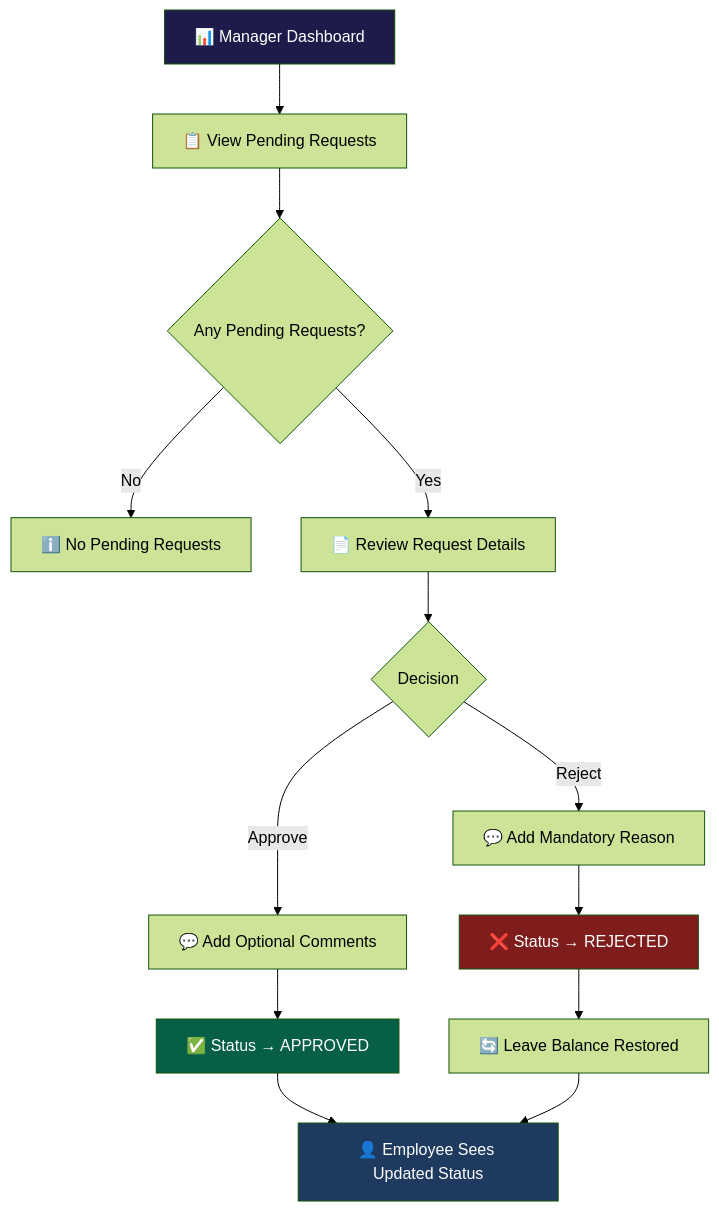
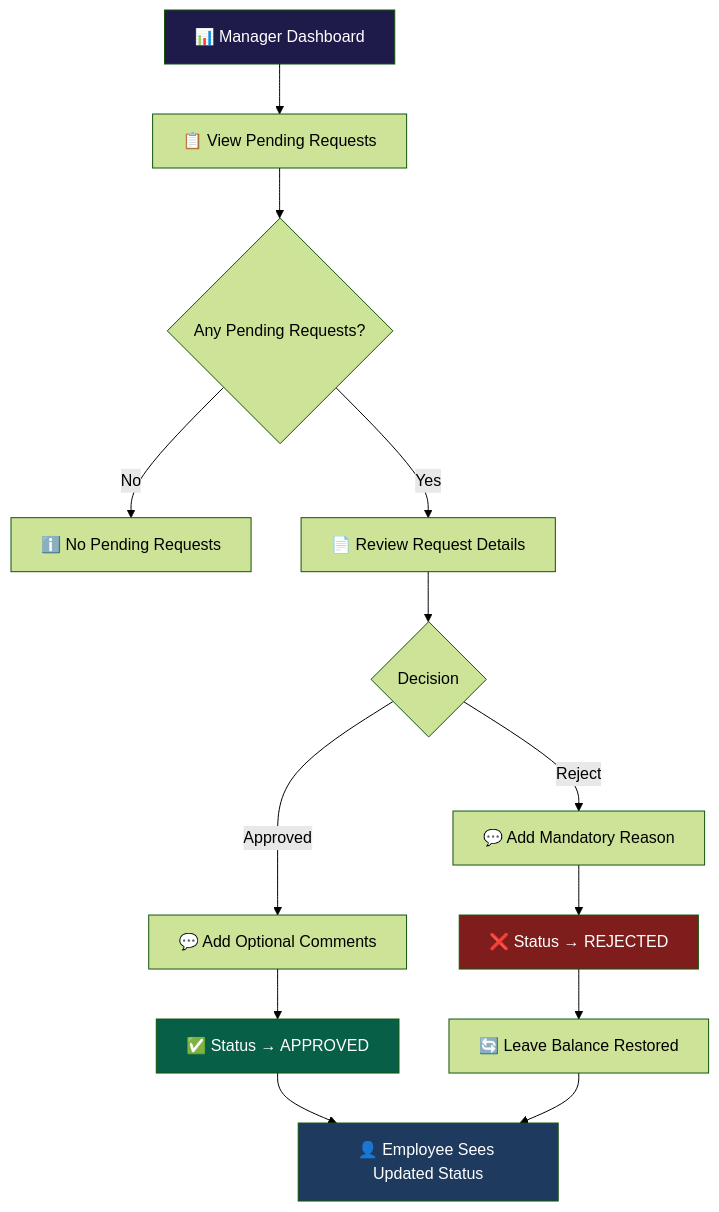
One commit to algorithnicmind/Bookflow-management changed the third of 6 diagrams in docs/04-User-Flows.md. Above: the diagram before and after it, drawn with Mermaid (forest theme). The commit also changed other lines of this file, not shown here.

Commit message:
update user flows and PRD improvements

````diff
--- a/docs/04-User-Flows.md
+++ b/docs/04-User-Flows.md
@@ -70,20 +70,20 @@
 ```mermaid
 flowchart TD
     A[📊 Manager Dashboard] --> B[📋 View Pending Requests]
     B --> C{Any Pending Requests?}
     C -->|No| D[ℹ️ No Pending Requests]
     C -->|Yes| E[📄 Review Request Details]
     E --> F{Decision}
-    F -->|Approve| G[💬 Add Optional Comments]
+    F -->|Approved| G[💬 Add Optional Comments]
     F -->|Reject| H[💬 Add Mandatory Reason]
     G --> I[✅ Status → APPROVED]
     H --> J[❌ Status → REJECTED]
     J --> K[🔄 Leave Balance Restored]
     I --> L[👤 Employee Sees Updated Status]
     K --> L
     
     style A fill:#1e1b4b,color:#fff
     style I fill:#065f46,color:#fff
     style J fill:#7f1d1d,color:#fff
     style L fill:#1e3a5f,color:#fff
 ```
````
